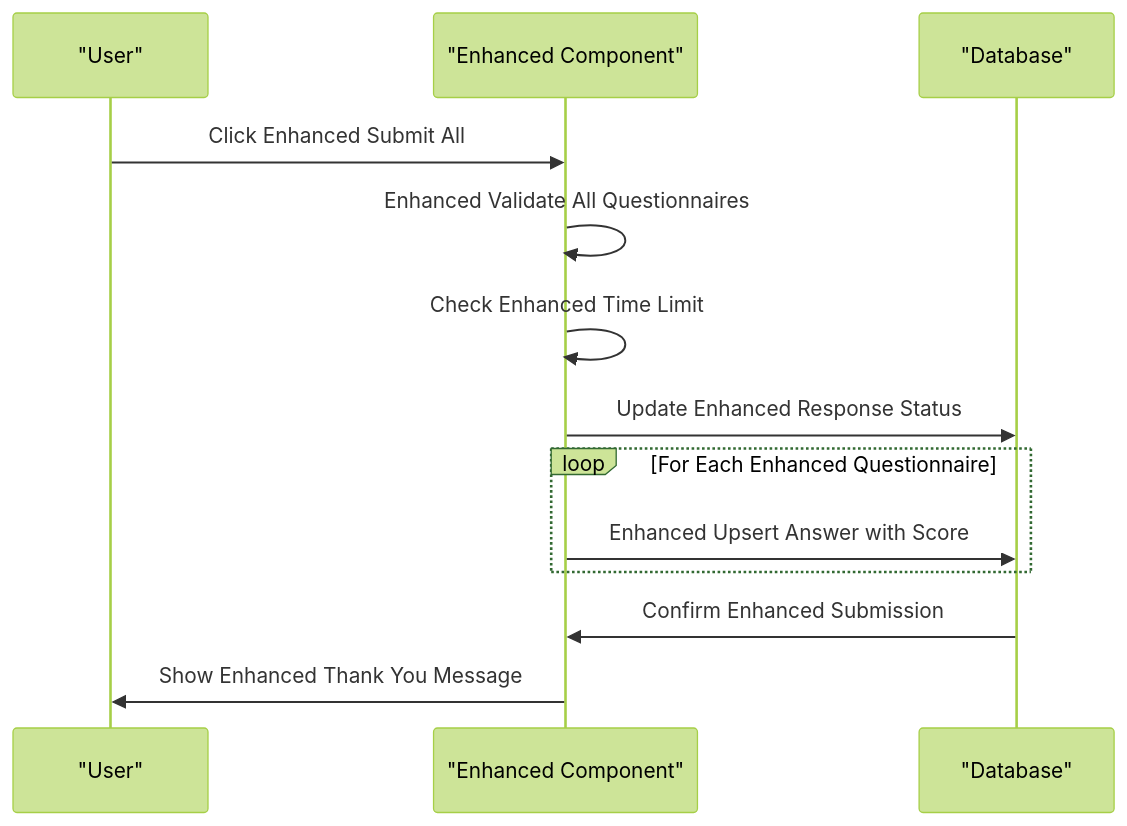
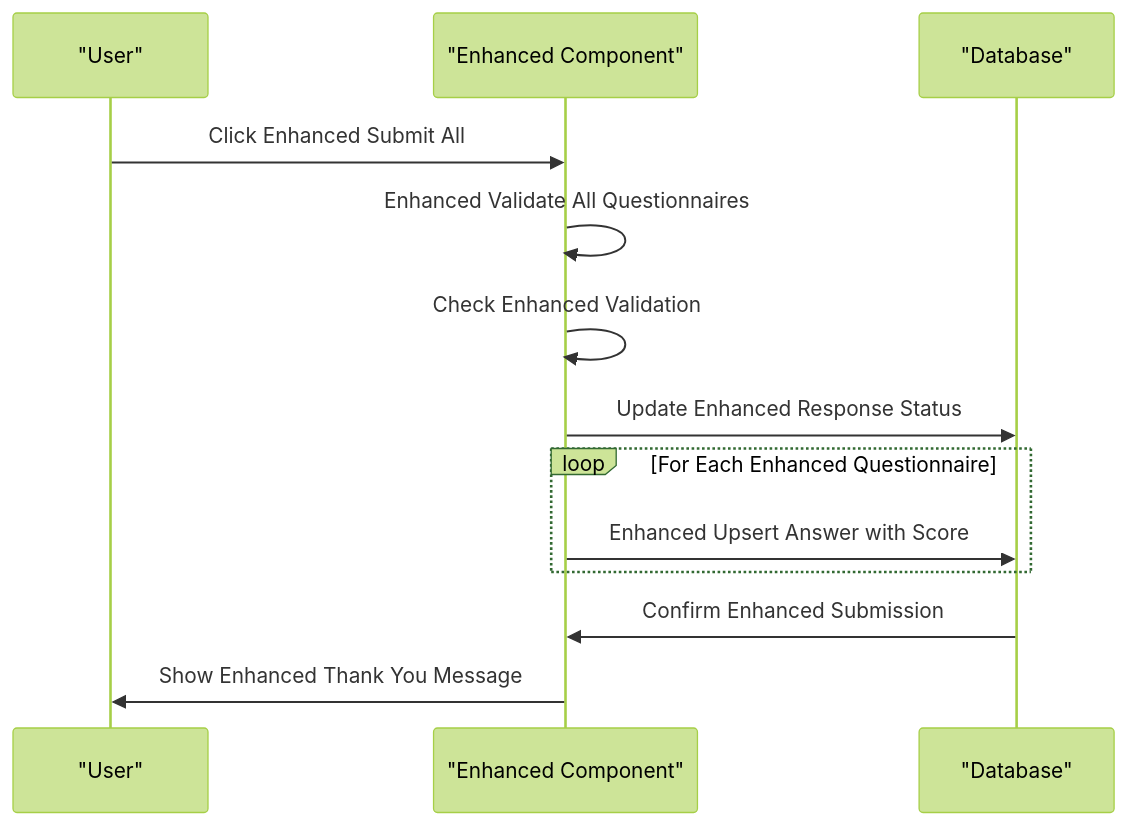
Before and after one commit to rudicatsmile/assesment360: the ninth of 9 diagrams in .qoder/repowiki/en/content/Core Features/Evaluation Workflows/Questionnaire Filling Interface.md, drawn with Mermaid (forest theme). The commit also changed other lines of this file and 5 other files, not shown here.

````diff
--- a/.qoder/repowiki/en/content/Core Features/Evaluation Workflows/Questionnaire Filling Interface.md
+++ b/.qoder/repowiki/en/content/Core Features/Evaluation Workflows/Questionnaire Filling Interface.md
@@ -534,15 +536,15 @@
 ```mermaid
 sequenceDiagram
 participant U as "User"
 participant C as "Enhanced Component"
 participant D as "Database"
 U->>C : Click Enhanced Submit All
 C->>C : Enhanced Validate All Questionnaires
-C->>C : Check Enhanced Time Limit
+C->>C : Check Enhanced Validation
 C->>D : Update Enhanced Response Status
 loop For Each Enhanced Questionnaire
 C->>D : Enhanced Upsert Answer with Score
 end
 D->>C : Confirm Enhanced Submission
 C->>U : Show Enhanced Thank You Message
 ```
````
